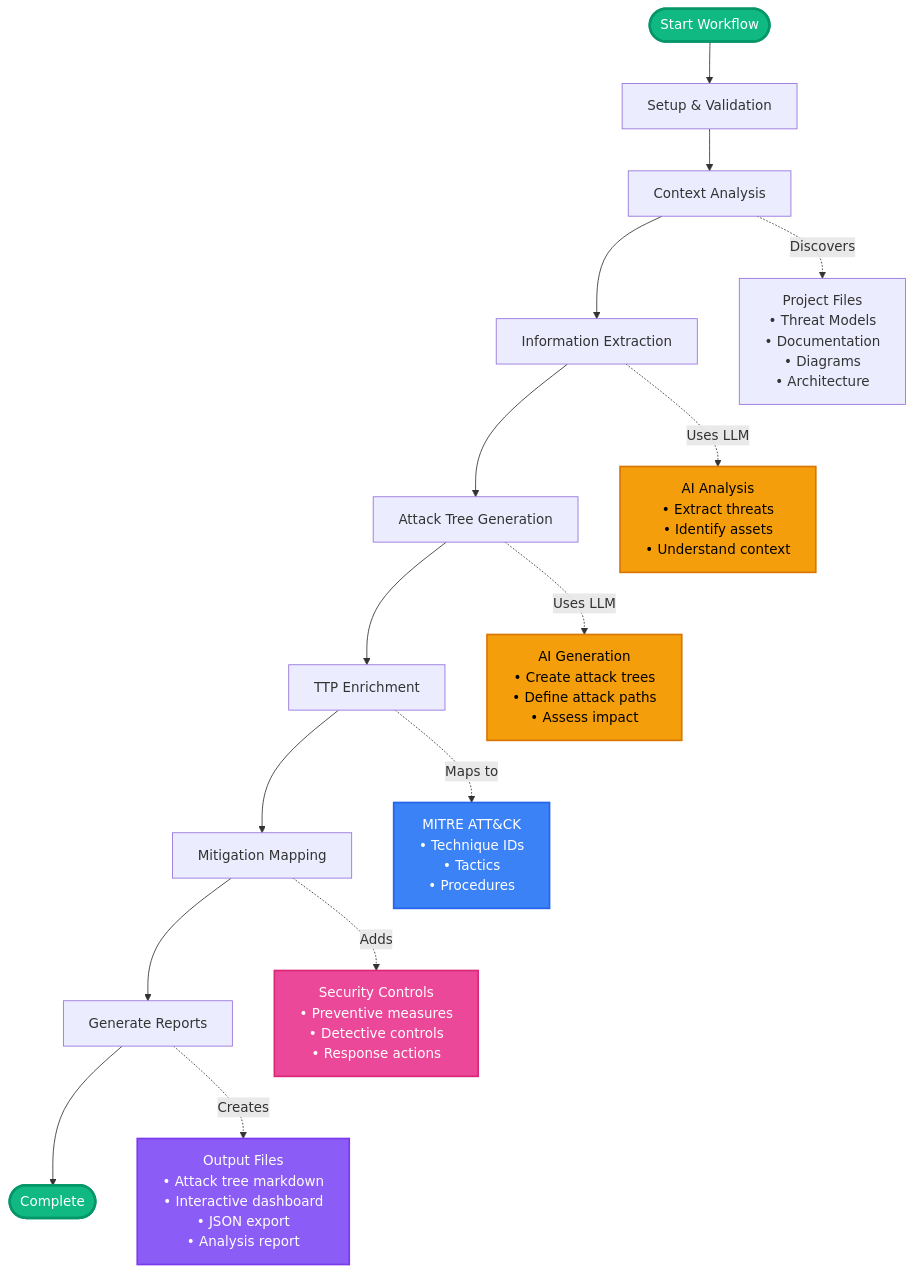
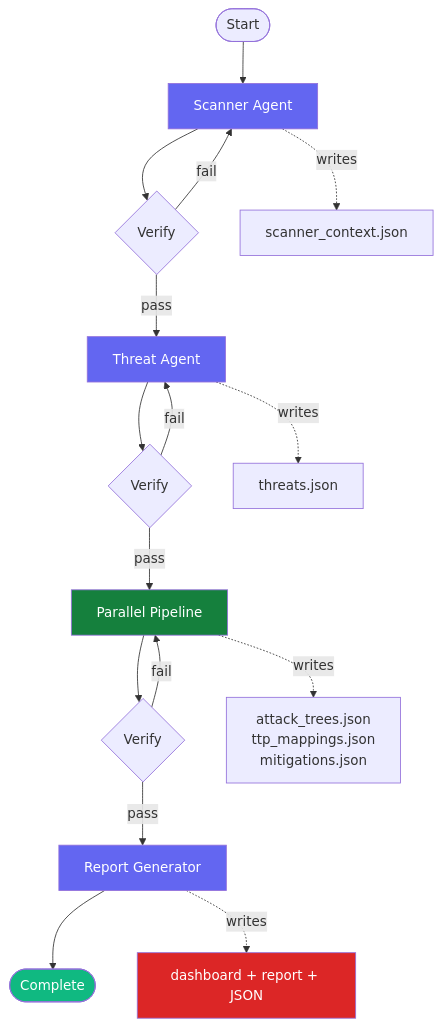
The first of 2 diagrams in docs/how-it-works/index.md (aws-samples/sample-agentic-attack-tree-generator), drawn with Mermaid before and after one commit. The commit also changed other lines of this file and 21 other files, not shown here.

````diff
--- a/docs/how-it-works/index.md
+++ b/docs/how-it-works/index.md
@@ -25,31 +20,26 @@
 ```mermaid
 graph TB
-    Start([Start Workflow]) --> Setup[Setup & Validation]
-    Setup --> Context[Context Analysis]
-    Context --> Extract[Information Extraction]
-    Extract --> Generate[Attack Tree Generation]
-    Generate --> Enrich[TTP Enrichment]
-    Enrich --> Mitigate[Mitigation Mapping]
-    Mitigate --> Summary[Generate Reports]
-    Summary --> End([Complete])
+    Start([Start]) --> Scanner[Scanner Agent]
+    Scanner --> ScanVerify{Verify}
+    ScanVerify -->|pass| Threat[Threat Agent]
+    ScanVerify -->|fail| Scanner
+    Threat --> ThreatVerify{Verify}
+    ThreatVerify -->|pass| Parallel[Parallel Pipeline]
+    ThreatVerify -->|fail| Threat
+    Parallel --> ParVerify{Verify}
+    ParVerify -->|pass| Report[Report Generator]
+    ParVerify -->|fail| Parallel
+    Report --> End([Complete])
 
-    Context -.->|Discovers| Files[Project Files<br/>• Threat Models<br/>• Documentation<br/>• Diagrams<br/>• Architecture]
+    Scanner -.->|writes| SC[scanner_context.json]
+    Threat -.->|writes| TH[threats.json]
+    Parallel -.->|writes| PP[attack_trees.json\nttp_mappings.json\nmitigations.json]
+    Report -.->|writes| OUT[dashboard + report + JSON]
 
-    Extract -.->|Uses LLM| AI1[AI Analysis<br/>• Extract threats<br/>• Identify assets<br/>• Understand context]
-
-    Generate -.->|Uses LLM| AI2[AI Generation<br/>• Create attack trees<br/>• Define attack paths<br/>• Assess impact]
-
-    Enrich -.->|Maps to| MITRE[MITRE ATT&CK<br/>• Technique IDs<br/>• Tactics<br/>• Procedures]
-
-    Mitigate -.->|Adds| Controls[Security Controls<br/>• Preventive measures<br/>• Detective controls<br/>• Response actions]
-
-    Summary -.->|Creates| Output[Output Files<br/>• Attack tree markdown<br/>• Interactive dashboard<br/>• JSON export<br/>• Analysis report]
-
-    style Start fill:#10b981,stroke:#059669,stroke-width:3px,color:#fff
-    style End fill:#10b981,stroke:#059669,stroke-width:3px,color:#fff
-    style AI1 fill:#f59e0b,stroke:#d97706,stroke-width:2px,color:#000
-    style AI2 fill:#f59e0b,stroke:#d97706,stroke-width:2px,color:#000
-    style MITRE fill:#3b82f6,stroke:#2563eb,stroke-width:2px,color:#fff
-    style Controls fill:#ec4899,stroke:#db2777,stroke-width:2px,color:#fff
-    style Output fill:#8b5cf6,stroke:#7c3aed,stroke-width:2px,color:#fff
+    style Scanner fill:#6366f1,color:#fff
+    style Threat fill:#6366f1,color:#fff
+    style Parallel fill:#15803d,color:#fff
+    style Report fill:#6366f1,color:#fff
+    style End fill:#10b981,color:#fff
+    style OUT fill:#dc2626,color:#fff
 ```
````
